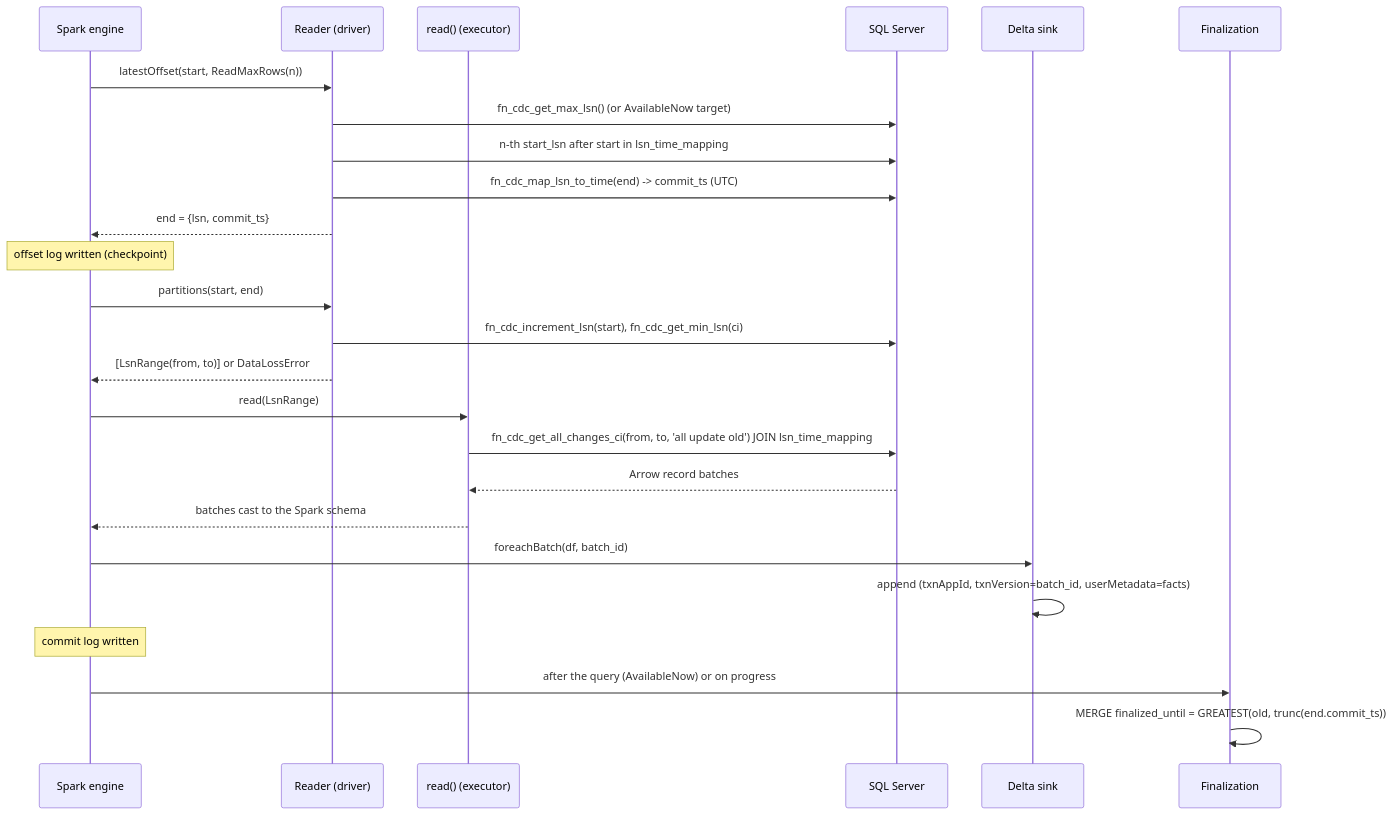
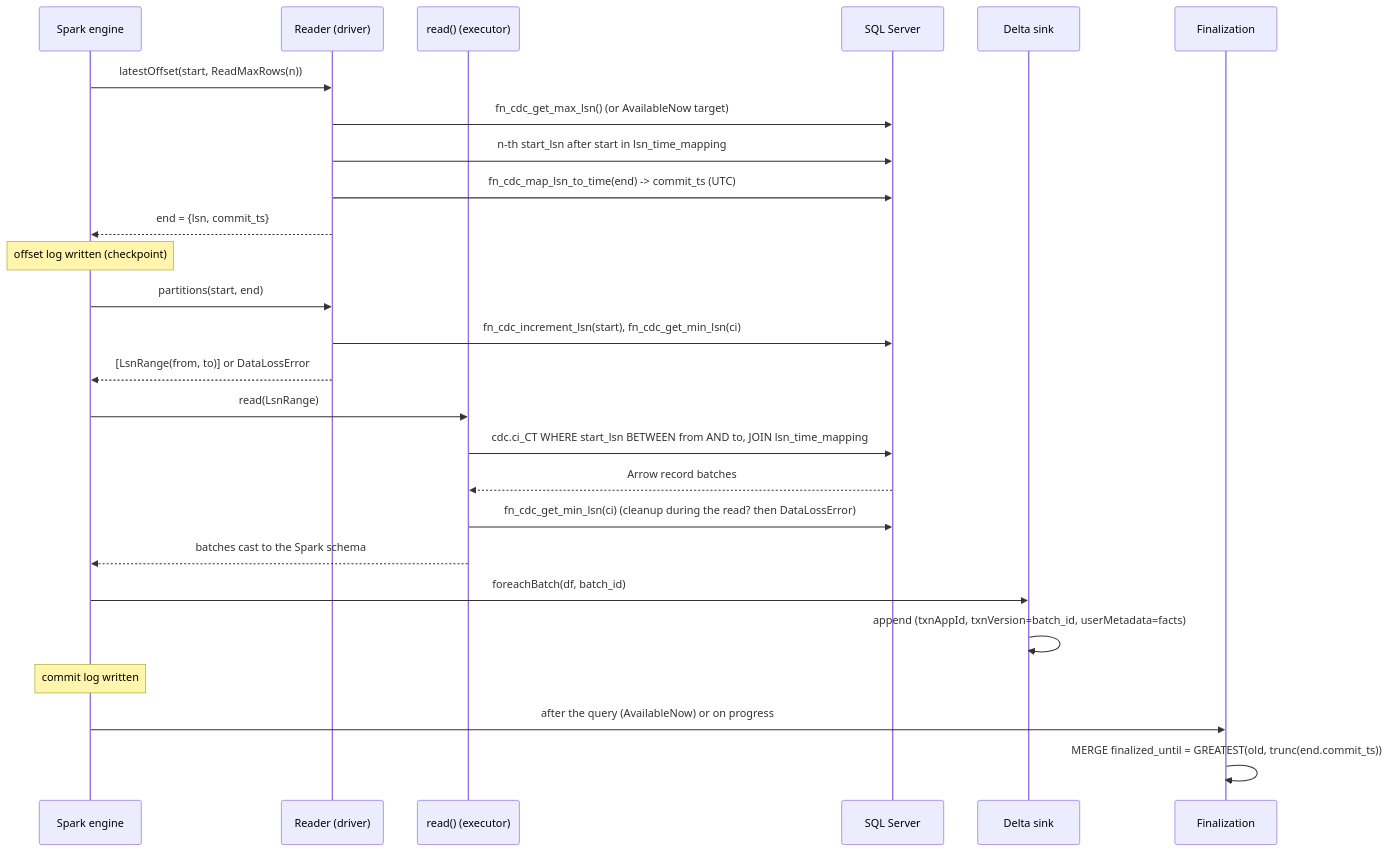
The second of 2 diagrams in docs/ARCHITECTURE.md (emanuel-luis/mssql-cdc-pyspark), drawn with Mermaid before and after one commit. The commit also changed 11 other files, not shown here.

First line of the commit message:
fix: read changes from the change table to get __$command_id

````diff
--- a/docs/ARCHITECTURE.md
+++ b/docs/ARCHITECTURE.md
@@ -45,28 +45,29 @@
 ```mermaid
 sequenceDiagram
   participant E as Spark engine
   participant R as Reader (driver)
   participant X as read() (executor)
   participant S as SQL Server
   participant D as Delta sink
   participant F as Finalization
 
   E->>R: latestOffset(start, ReadMaxRows(n))
   R->>S: fn_cdc_get_max_lsn()  (or AvailableNow target)
   R->>S: n-th start_lsn after start in lsn_time_mapping
   R->>S: fn_cdc_map_lsn_to_time(end)  -> commit_ts (UTC)
   R-->>E: end = {lsn, commit_ts}
   Note over E: offset log written (checkpoint)
   E->>R: partitions(start, end)
   R->>S: fn_cdc_increment_lsn(start), fn_cdc_get_min_lsn(ci)
   R-->>E: [LsnRange(from, to)]  or DataLossError
   E->>X: read(LsnRange)
-  X->>S: fn_cdc_get_all_changes_ci(from, to, 'all update old') JOIN lsn_time_mapping
+  X->>S: cdc.ci_CT WHERE start_lsn BETWEEN from AND to, JOIN lsn_time_mapping
   S-->>X: Arrow record batches
+  X->>S: fn_cdc_get_min_lsn(ci)  (cleanup during the read? then DataLossError)
   X-->>E: batches cast to the Spark schema
   E->>D: foreachBatch(df, batch_id)
   D->>D: append (txnAppId, txnVersion=batch_id, userMetadata=facts)
   Note over E: commit log written
   E->>F: after the query (AvailableNow) or on progress
   F->>F: MERGE finalized_until = GREATEST(old, trunc(end.commit_ts))
 ```
````
